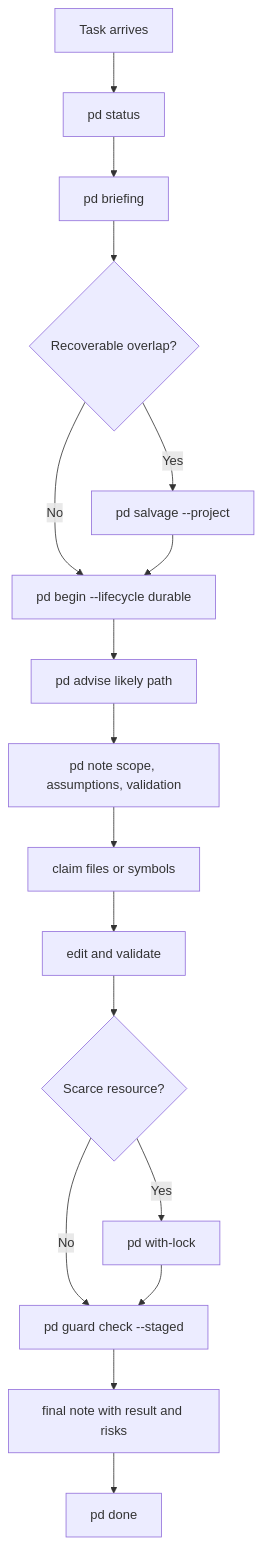
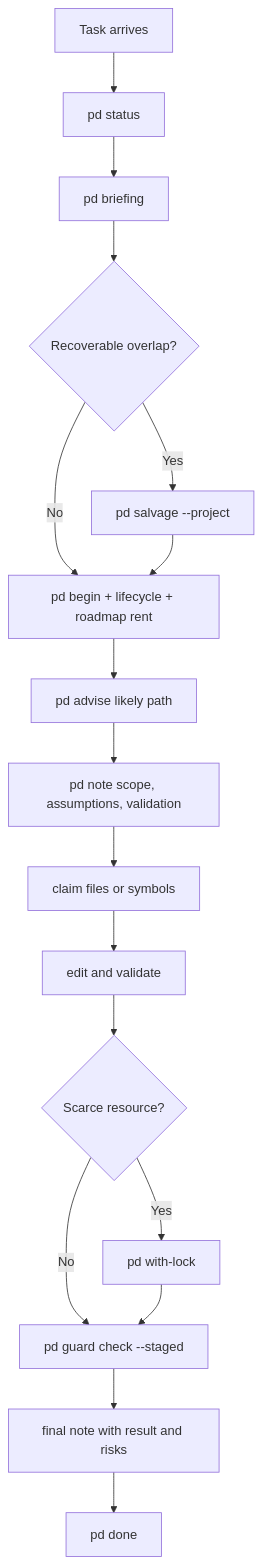
One commit to curiositech/port-daddy changed the diagram in .claude/skills/port-daddy-agent-skill/diagrams/01_flowchart_agent_operating_loop.md. Above: the diagram before and after it, drawn with Mermaid. The commit also changed 122 other files, not shown here.

````diff
--- a/.claude/skills/port-daddy-agent-skill/diagrams/01_flowchart_agent_operating_loop.md
+++ b/.claude/skills/port-daddy-agent-skill/diagrams/01_flowchart_agent_operating_loop.md
@@ -3,19 +3,19 @@
 ```mermaid
 flowchart TD
   A["Task arrives"] --> B["pd status"]
   B --> C["pd briefing"]
   C --> D{"Recoverable overlap?"}
   D -->|Yes| E["pd salvage --project"]
-  D -->|No| F["pd begin --lifecycle durable"]
+  D -->|No| F["pd begin + lifecycle + roadmap rent"]
   E --> F
   F --> G["pd advise likely path"]
   G --> H["pd note scope, assumptions, validation"]
   H --> I["claim files or symbols"]
   I --> J["edit and validate"]
   J --> K{"Scarce resource?"}
   K -->|Yes| L["pd with-lock"]
   K -->|No| M["pd guard check --staged"]
   L --> M
   M --> N["final note with result and risks"]
   N --> O["pd done"]
 ```
````
